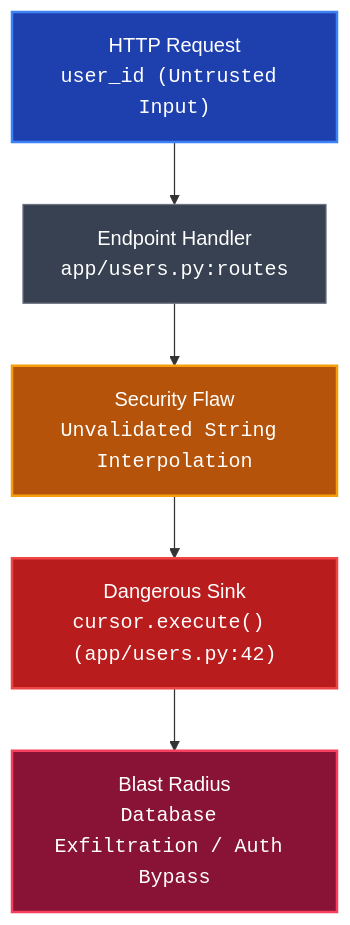
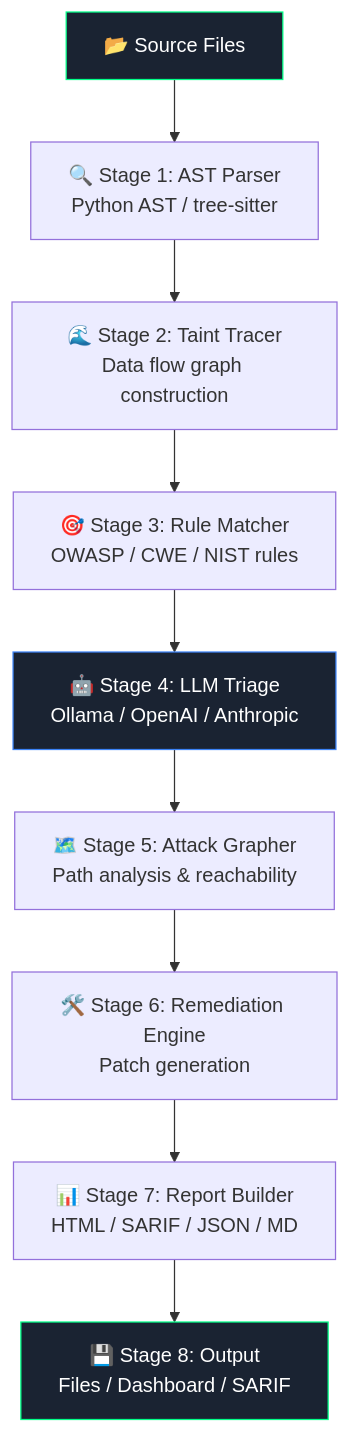
Before and after one commit to anasahmed67/sec-skill: the diagram in README.md, drawn with Mermaid. The commit also changed other lines of this file, not shown here.

````diff
--- a/README.md
+++ b/README.md
@@ -258,13 +990,15 @@
 ```mermaid
-flowchart TD
-  A["HTTP Request<br/><code>user_id (Untrusted Input)</code>"] --> B["Endpoint Handler<br/><code>app/users.py:routes</code>"]
-  B --> C["Security Flaw<br/><code>Unvalidated String Interpolation</code>"]
-  C --> D["Dangerous Sink<br/><code>cursor.execute() (app/users.py:42)</code>"]
-  D --> E["Blast Radius<br/><code>Database Exfiltration / Auth Bypass</code>"]
+graph TD
+    A[📂 Source Files] --> B[🔍 Stage 1: AST Parser\nPython AST / tree-sitter]
+    B --> C[🌊 Stage 2: Taint Tracer\nData flow graph construction]
+    C --> D[🎯 Stage 3: Rule Matcher\nOWASP / CWE / NIST rules]
+    D --> E[🤖 Stage 4: LLM Triage\nOllama / OpenAI / Anthropic]
+    E --> F[🗺️ Stage 5: Attack Grapher\nPath analysis & reachability]
+    F --> G[🛠️ Stage 6: Remediation Engine\nPatch generation]
+    G --> H[📊 Stage 7: Report Builder\nHTML / SARIF / JSON / MD]
+    H --> I[💾 Stage 8: Output\nFiles / Dashboard / SARIF]
 
-  style A fill:#1e40af,color:#fff,stroke:#3b82f6,stroke-width:2px
-  style B fill:#374151,color:#fff,stroke:#6b7280,stroke-width:1px
-  style C fill:#b45309,color:#fff,stroke:#f59e0b,stroke-width:2px
-  style D fill:#b91c1c,color:#fff,stroke:#ef4444,stroke-width:2px
-  style E fill:#881337,color:#fff,stroke:#f43f5e,stroke-width:2px
+    style A fill:#1a2332,stroke:#00ff88,color:#fff
+    style E fill:#1a2332,stroke:#3b82f6,color:#fff
+    style I fill:#1a2332,stroke:#00ff88,color:#fff
 ```
````
